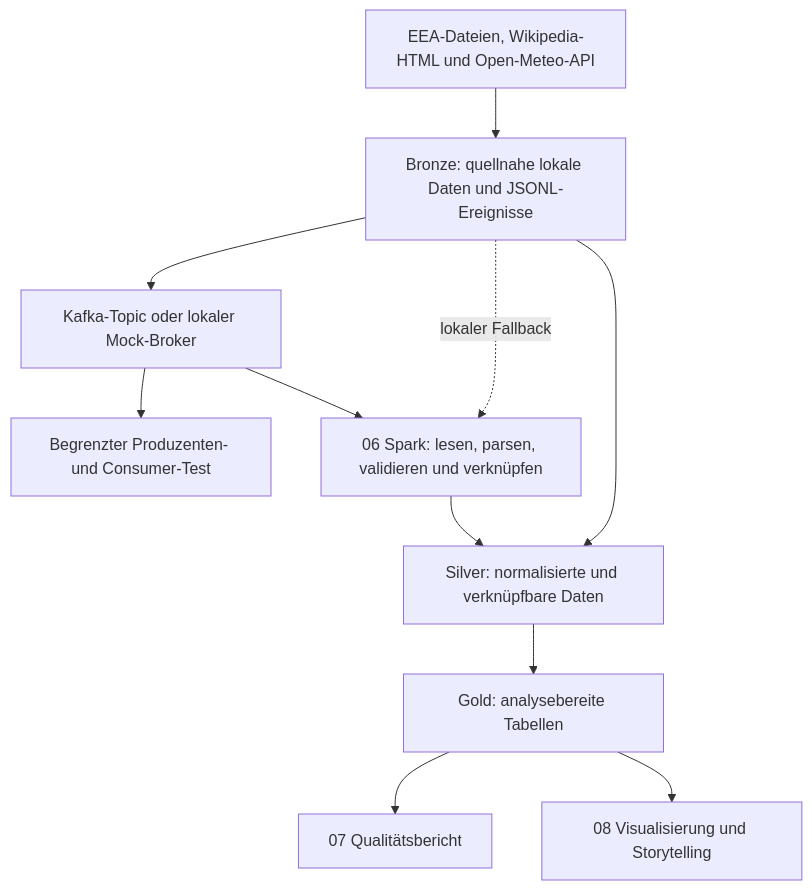
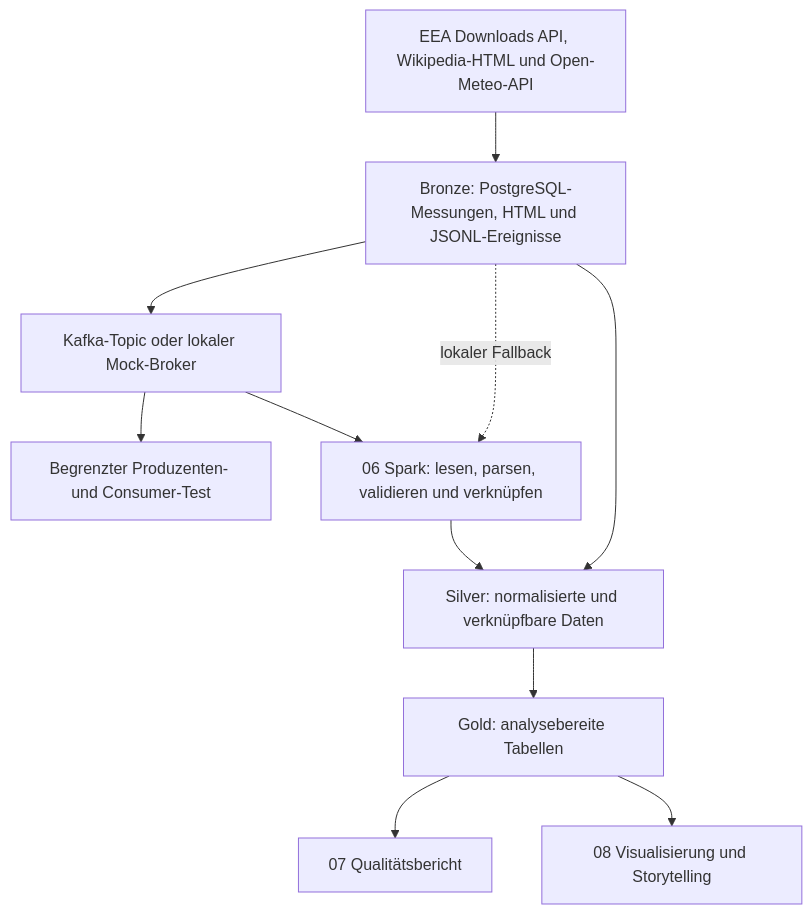
One commit to OnlyMajorG/euro-air-quality-pipeline changed the diagram in docs/diagrams/dataflow.mmd. Above: the diagram before and after it, drawn with Mermaid. The commit also changed 29 other files, not shown here.

```diff
--- a/docs/diagrams/dataflow.mmd
+++ b/docs/diagrams/dataflow.mmd
@@ -1,11 +1,11 @@
 flowchart TD
-    Quellen["EEA-Dateien, Wikipedia-HTML und Open-Meteo-API"] --> Bronze["Bronze: quellnahe lokale Daten und JSONL-Ereignisse"]
+    Quellen["EEA Downloads API, Wikipedia-HTML und Open-Meteo-API"] --> Bronze["Bronze: PostgreSQL-Messungen, HTML und JSONL-Ereignisse"]
     Bronze --> Broker["Kafka-Topic oder lokaler Mock-Broker"]
     Broker --> Nachweis["Begrenzter Produzenten- und Consumer-Test"]
     Broker --> Spark["06 Spark: lesen, parsen, validieren und verknüpfen"]
     Bronze -. "lokaler Fallback" .-> Spark
     Bronze --> Silver["Silver: normalisierte und verknüpfbare Daten"]
     Spark --> Silver
     Silver --> Gold["Gold: analysebereite Tabellen"]
     Gold --> Qualität["07 Qualitätsbericht"]
     Gold --> Analyse["08 Visualisierung und Storytelling"]
```
